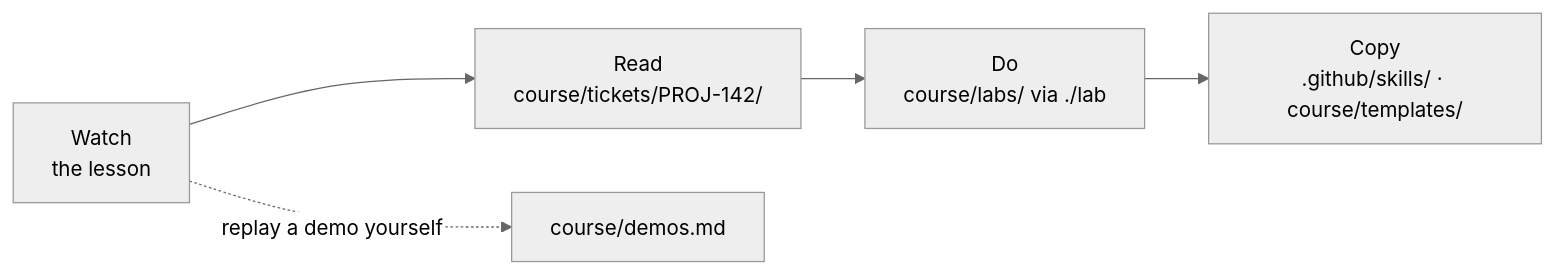
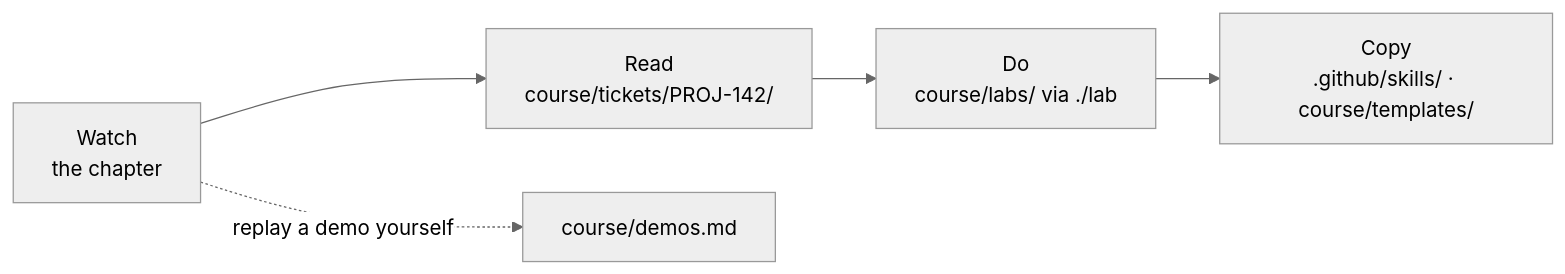
Before and after one commit to limsijie93/tt-masterclass-agentic-sdlc: the second of 9 diagrams in course/guide.md, drawn with Mermaid (neutral theme). The commit also changed other lines of this file and 28 other files, not shown here.

````diff
--- a/course/guide.md
+++ b/course/guide.md
@@ -42,7 +68,7 @@
 ```mermaid
 flowchart LR
-    watch["Watch<br/>the lesson"] --> read["Read<br/>course/tickets/PROJ-142/"]
+    watch["Watch<br/>the chapter"] --> read["Read<br/>course/tickets/PROJ-142/"]
     read --> doit["Do<br/>course/labs/ via ./lab"]
     doit --> copy["Copy<br/>.github/skills/ · course/templates/"]
     watch -. "replay a demo yourself" .-> demos["course/demos.md"]
 ```
````
